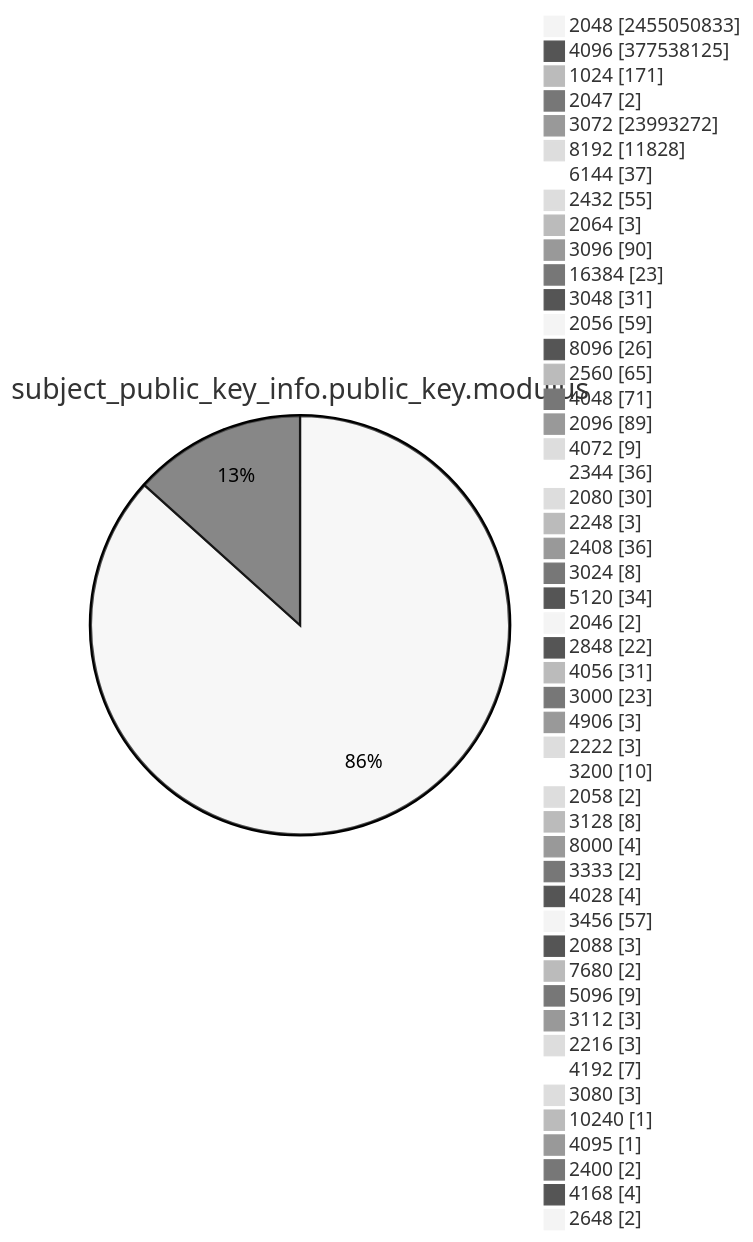
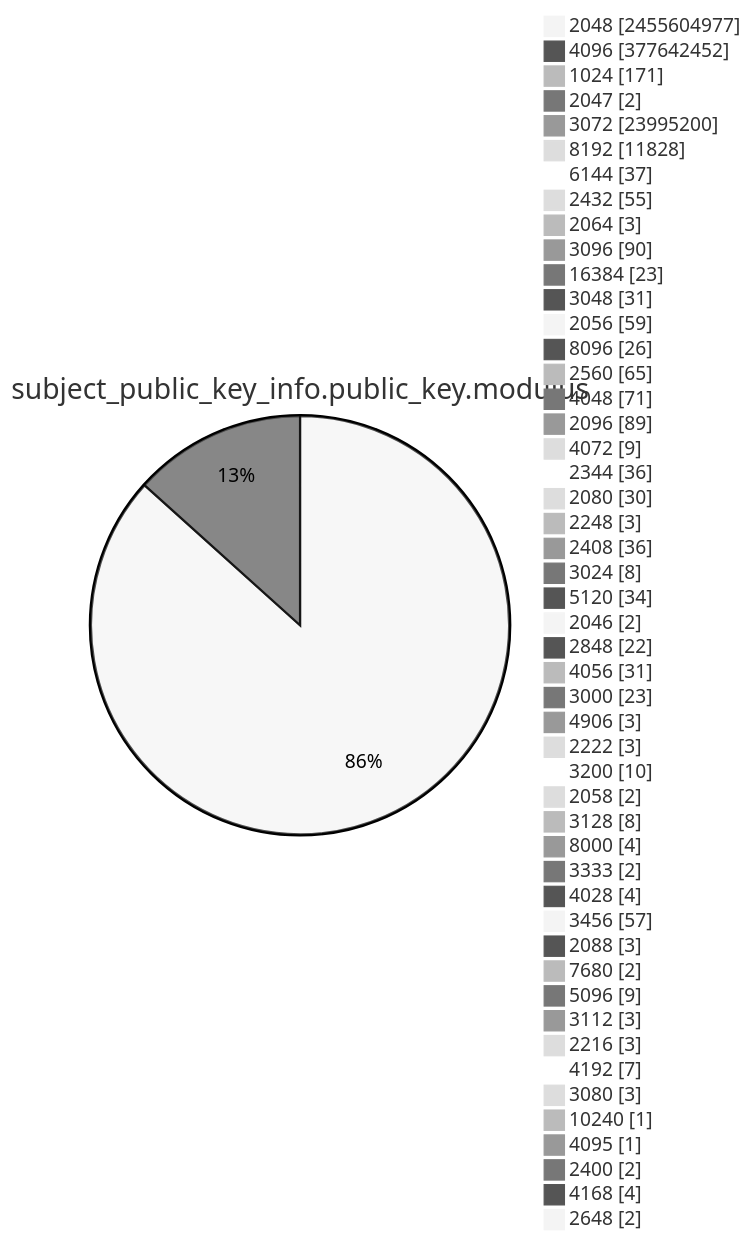
Before and after one commit to christiankrug/ctmonitor_visualization: diagram 13 of 15 in TOTAL/README.md, drawn with Mermaid (neutral theme). The commit also changed other lines of this file, not shown here.

````diff
--- a/TOTAL/README.md
+++ b/TOTAL/README.md
@@ -4168,53 +4168,53 @@
 ```mermaid
 pie showData
 title subject_public_key_info.public_key.modulus
-"2048" :2455050833
-"4096" :377538125
+"2048" :2455604977
+"4096" :377642452
 "1024" :171
 "2047" :2
-"3072" :23993272
+"3072" :23995200
 "8192" :11828
 "6144" :37
 "2432" :55
 "2064" :3
 "3096" :90
 "16384" :23
 "3048" :31
 "2056" :59
 "8096" :26
 "2560" :65
 "4048" :71
 "2096" :89
 "4072" :9
 "2344" :36
 "2080" :30
 "2248" :3
 "2408" :36
 "3024" :8
 "5120" :34
 "2046" :2
 "2848" :22
 "4056" :31
 "3000" :23
 "4906" :3
 "2222" :3
 "3200" :10
 "2058" :2
 "3128" :8
 "8000" :4
 "3333" :2
 "4028" :4
 "3456" :57
 "2088" :3
 "7680" :2
 "5096" :9
 "3112" :3
 "2216" :3
 "4192" :7
 "3080" :3
 "10240" :1
 "4095" :1
 "2400" :2
 "4168" :4
 "2648" :2
 ```
````
